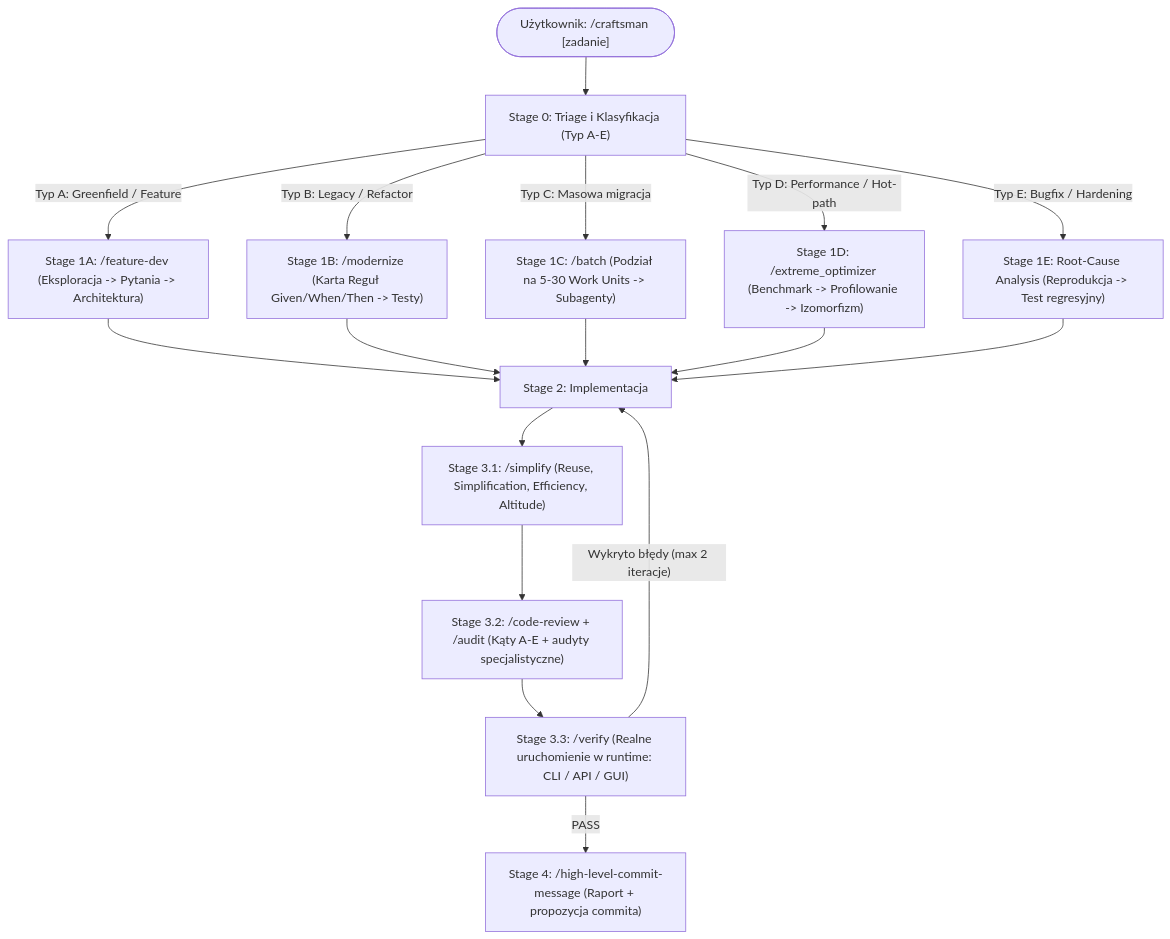
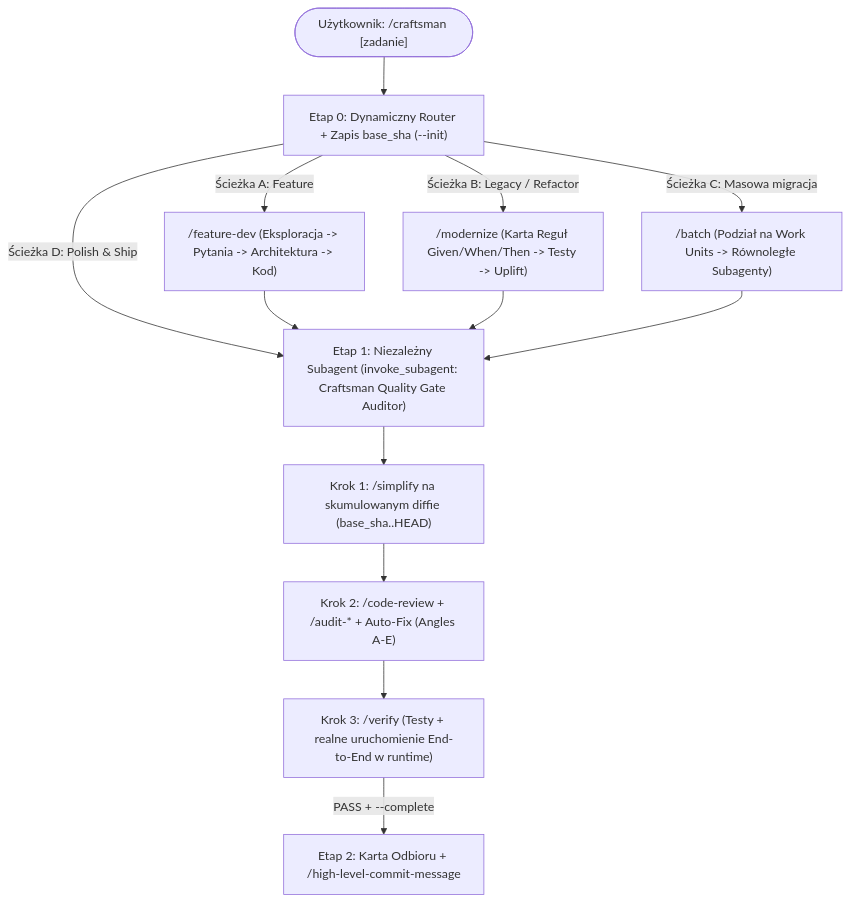
One commit to BuczynskiRafal/craftsman changed the diagram in README.md. Above: the diagram before and after it, drawn with Mermaid. The commit also changed other lines of this file and 4 other files, not shown here.

Commit message:
feat(hard-loop): enforce transcript-verified independent quality gate subagent

````diff
--- a/README.md
+++ b/README.md
@@ -28,22 +28,18 @@
 ```mermaid
 flowchart TD
-    User(["Użytkownik: /craftsman [zadanie]"]) --> Triage["Stage 0: Triage i Klasyfikacja (Typ A-E)"]
+    User(["Użytkownik: /craftsman [zadanie]"]) --> Triage["Etap 0: Dynamiczny Router + Zapis base_sha (--init)"]
 
-    Triage -->|"Typ A: Greenfield / Feature"| Arch["Stage 1A: /feature-dev (Eksploracja -> Pytania -> Architektura)"]
-    Triage -->|"Typ B: Legacy / Refactor"| Mod["Stage 1B: /modernize (Karta Reguł Given/When/Then -> Testy)"]
-    Triage -->|"Typ C: Masowa migracja"| Batch["Stage 1C: /batch (Podział na 5-30 Work Units -> Subagenty)"]
-    Triage -->|"Typ D: Performance / Hot-path"| Perf["Stage 1D: /extreme_optimizer (Benchmark -> Profilowanie -> Izomorfizm)"]
-    Triage -->|"Typ E: Bugfix / Hardening"| Bug["Stage 1E: Root-Cause Analysis (Reprodukcja -> Test regresyjny)"]
+    Triage -->|"Ścieżka A: Feature"| Arch["/feature-dev (Eksploracja -> Pytania -> Architektura -> Kod)"]
+    Triage -->|"Ścieżka B: Legacy / Refactor"| Mod["/modernize (Karta Reguł Given/When/Then -> Testy -> Uplift)"]
+    Triage -->|"Ścieżka C: Masowa migracja"| Batch["/batch (Podział na Work Units -> Równoległe Subagenty)"]
+    Triage -->|"Ścieżka D: Polish & Ship"| Subagent["Etap 1: Niezależny Subagent (invoke_subagent: Craftsman Quality Gate Auditor)"]
 
-    Arch --> Impl["Stage 2: Implementacja"]
-    Mod --> Impl
-    Batch --> Impl
-    Perf --> Impl
-    Bug --> Impl
+    Arch --> Subagent
+    Mod --> Subagent
+    Batch --> Subagent
 
-    Impl --> Simplify["Stage 3.1: /simplify (Reuse, Simplification, Efficiency, Altitude)"]
-    Simplify --> Review["Stage 3.2: /code-review + /audit (Kąty A-E + audyty specjalistyczne)"]
-    Review --> Verify["Stage 3.3: /verify (Realne uruchomienie w runtime: CLI / API / GUI)"]
-    Verify -->|"Wykryto błędy (max 2 iteracje)"| Impl
-    Verify -->|"PASS"| Commit["Stage 4: /high-level-commit-message (Raport + propozycja commita)"]
+    Subagent --> Simplify["Krok 1: /simplify na skumulowanym diffie (base_sha..HEAD)"]
+    Simplify --> Review["Krok 2: /code-review + /audit-* + Auto-Fix (Angles A-E)"]
+    Review --> Verify["Krok 3: /verify (Testy + realne uruchomienie End-to-End w runtime)"]
+    Verify -->|"PASS + --complete"| Commit["Etap 2: Karta Odbioru + /high-level-commit-message"]
 ```
````
